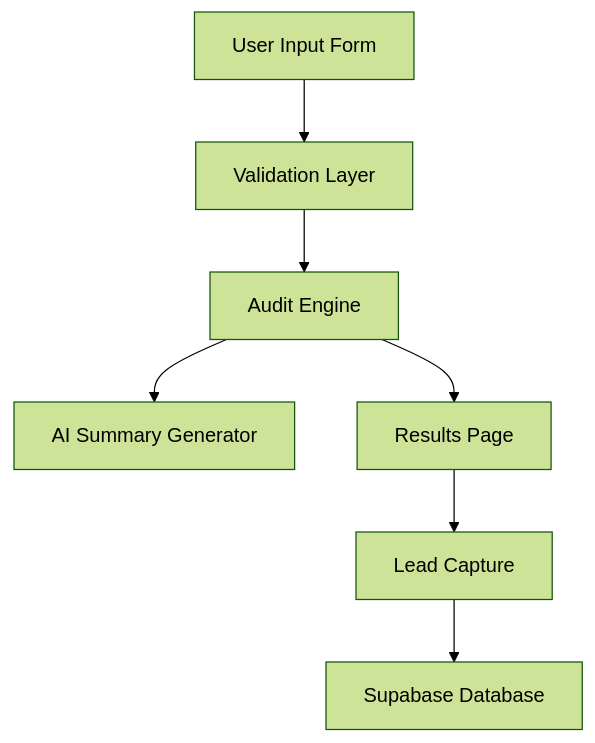
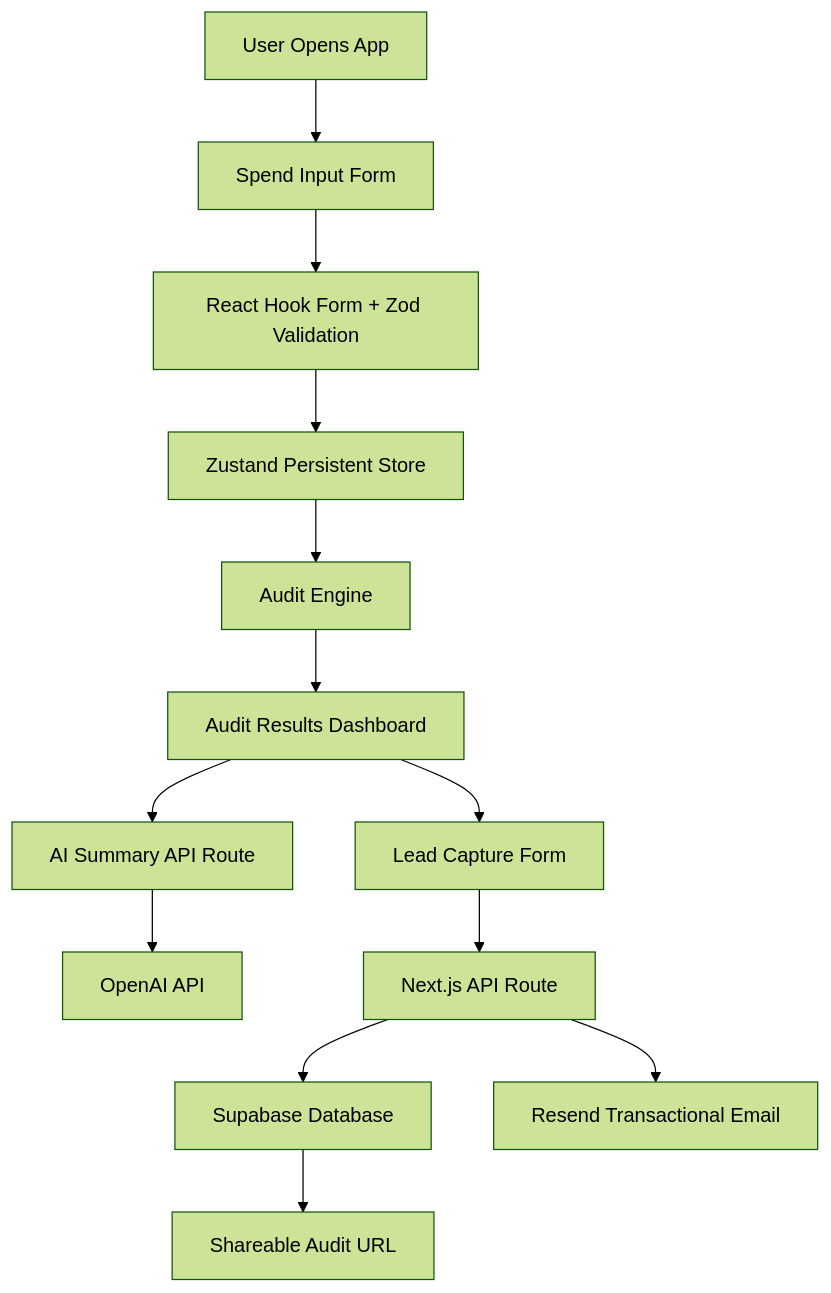
Before and after one commit to Arun-prasad27/spendscope-ai: the diagram in ARCHITECTURE.md, drawn with Mermaid (forest theme). The commit also changed other lines of this file, not shown here.

Commit message:
docs: add system architecture and scaling documentation

````diff
--- a/ARCHITECTURE.md
+++ b/ARCHITECTURE.md
@@ -5,9 +5,27 @@
-```mermaid
+```mermaid id="zw1r4n"
 flowchart TD
-    A[User Input Form] --> B[Validation Layer]
-    B --> C[Audit Engine]
-    C --> D[AI Summary Generator]
-    C --> E[Results Page]
-    E --> F[Lead Capture]
-    F --> G[Supabase Database]
+
+A[User Opens App] --> B[Spend Input Form]
+
+B --> C[React Hook Form + Zod Validation]
+
+C --> D[Zustand Persistent Store]
+
+D --> E[Audit Engine]
+
+E --> F[Audit Results Dashboard]
+
+F --> G[AI Summary API Route]
+
+G --> H[OpenAI API]
+
+F --> I[Lead Capture Form]
+
+I --> J[Next.js API Route]
+
+J --> K[Supabase Database]
+
+J --> L[Resend Transactional Email]
+
+K --> M[Shareable Audit URL]
 ```
````
